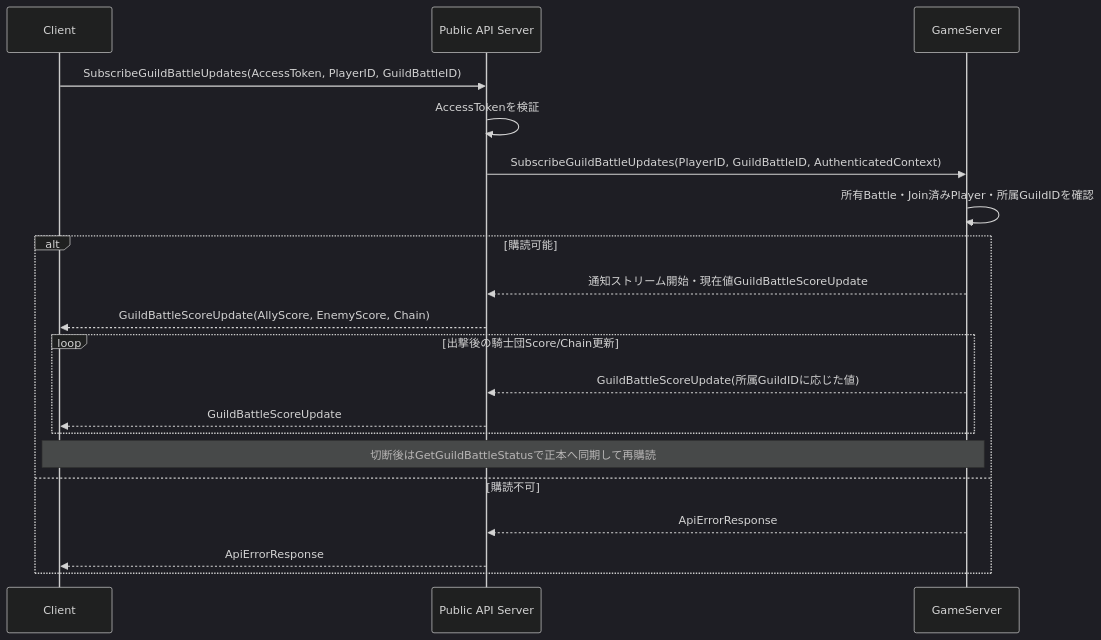
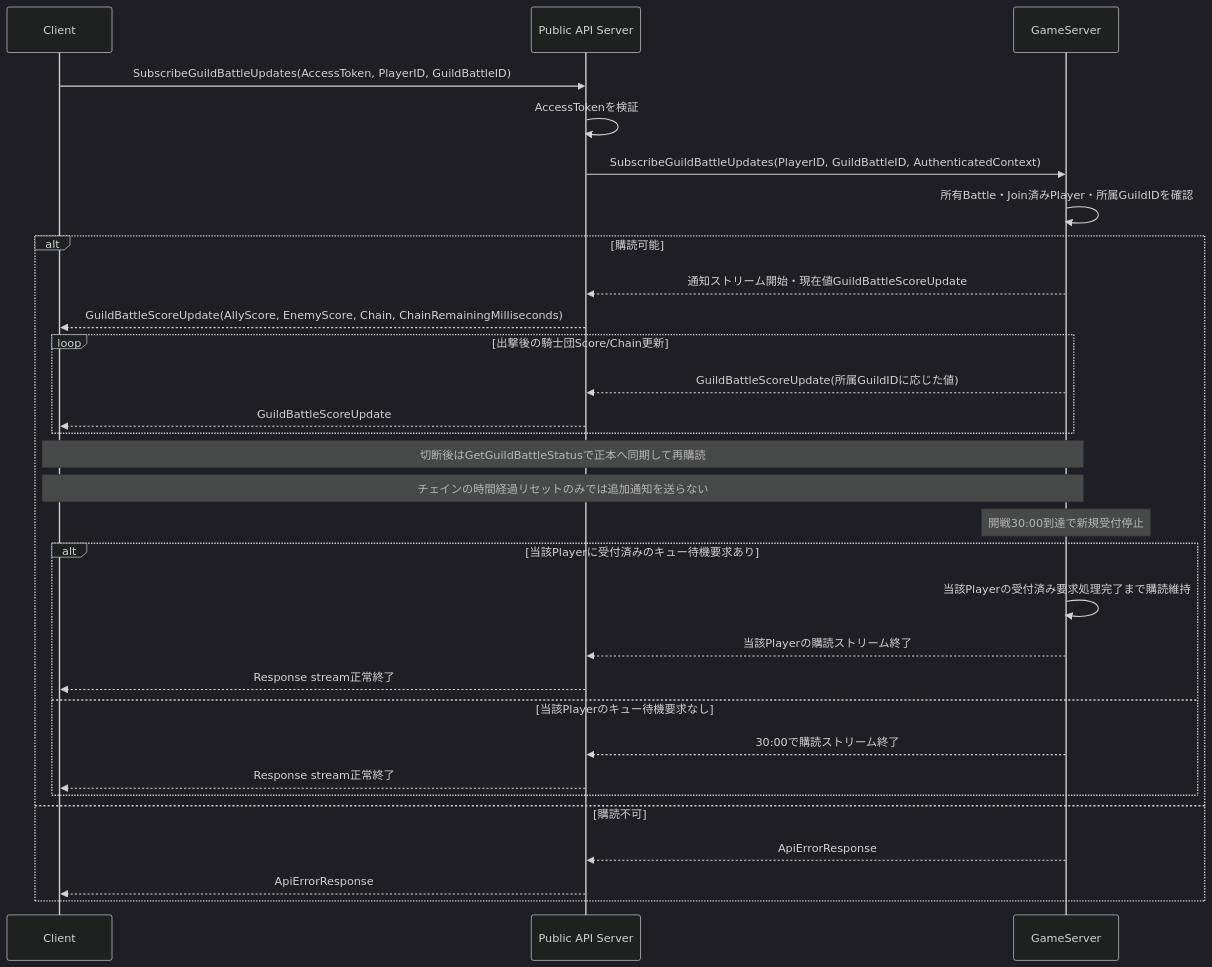
The fifth of 14 diagrams in design/server/guild_battle.md (ReHydrangeaOdyssey/Specifications), drawn with Mermaid (dark theme) before and after one commit. The commit also changed other lines of this file and 21 other files, not shown here.

````diff
--- a/design/server/guild_battle.md
+++ b/design/server/guild_battle.md
@@ -296,23 +296,33 @@
 ```mermaid
 sequenceDiagram
     participant Client
     participant PublicAPIServer as Public API Server
     participant GameServer
 
     Client ->> PublicAPIServer: SubscribeGuildBattleUpdates(AccessToken, PlayerID, GuildBattleID)
     PublicAPIServer ->> PublicAPIServer: AccessTokenを検証
     PublicAPIServer ->> GameServer: SubscribeGuildBattleUpdates(PlayerID, GuildBattleID, AuthenticatedContext)
     GameServer ->> GameServer: 所有Battle・Join済みPlayer・所属GuildIDを確認
     alt 購読可能
         GameServer -->> PublicAPIServer: 通知ストリーム開始・現在値GuildBattleScoreUpdate
-        PublicAPIServer -->> Client: GuildBattleScoreUpdate(AllyScore, EnemyScore, Chain)
+        PublicAPIServer -->> Client: GuildBattleScoreUpdate(AllyScore, EnemyScore, Chain, ChainRemainingMilliseconds)
         loop 出撃後の騎士団Score/Chain更新
             GameServer -->> PublicAPIServer: GuildBattleScoreUpdate(所属GuildIDに応じた値)
             PublicAPIServer -->> Client: GuildBattleScoreUpdate
         end
         Note over Client,GameServer: 切断後はGetGuildBattleStatusで正本へ同期して再購読
+        Note over Client,GameServer: チェインの時間経過リセットのみでは追加通知を送らない
+        Note over GameServer: 開戦30:00到達で新規受付停止
+        alt 当該Playerに受付済みのキュー待機要求あり
+            GameServer ->> GameServer: 当該Playerの受付済み要求処理完了まで購読維持
+            GameServer -->> PublicAPIServer: 当該Playerの購読ストリーム終了
+            PublicAPIServer -->> Client: Response stream正常終了
+        else 当該Playerのキュー待機要求なし
+            GameServer -->> PublicAPIServer: 30:00で購読ストリーム終了
+            PublicAPIServer -->> Client: Response stream正常終了
+        end
     else 購読不可
         GameServer -->> PublicAPIServer: ApiErrorResponse
         PublicAPIServer -->> Client: ApiErrorResponse
     end
 ```
````
